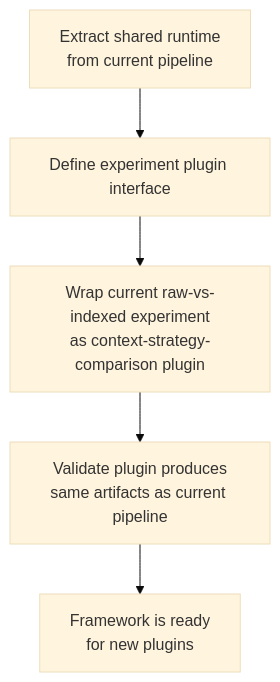
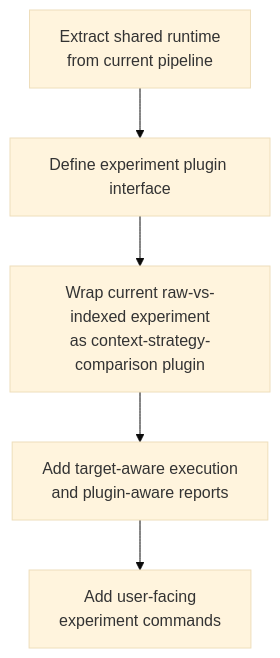
Before and after one commit to dailephd/my-dev-kit-lab: the second of 6 diagrams in docs/ROADMAP.md, drawn with Mermaid (base theme). The commit also changed other lines of this file and 9 other files, not shown here.

````diff
--- a/docs/ROADMAP.md
+++ b/docs/ROADMAP.md
@@ -78,7 +78,7 @@
 ```mermaid
 flowchart TD
   A[Extract shared runtime\nfrom current pipeline] --> B[Define experiment plugin interface]
   B --> C[Wrap current raw-vs-indexed experiment\nas context-strategy-comparison plugin]
-  C --> D[Validate plugin produces\nsame artifacts as current pipeline]
-  D --> E[Framework is ready\nfor new plugins]
+  C --> D[Add target-aware execution\nand plugin-aware reports]
+  D --> E[Add user-facing\nexperiment commands]
 ```
````
